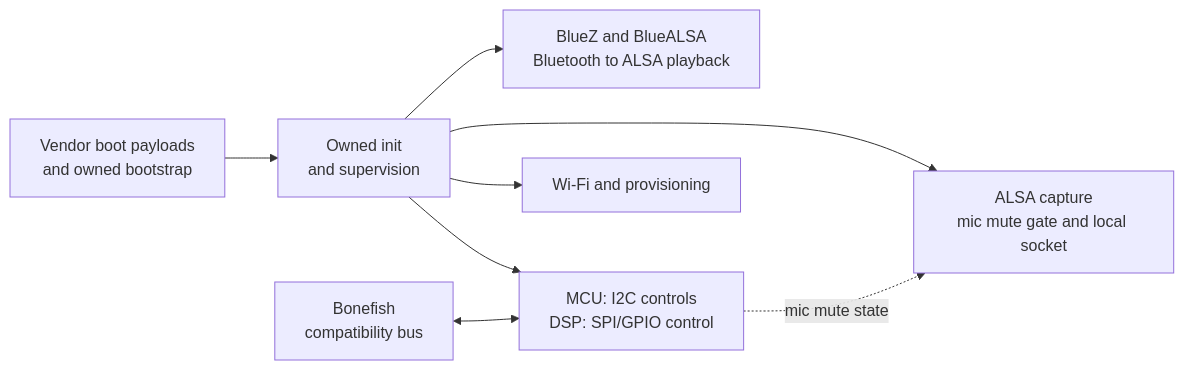
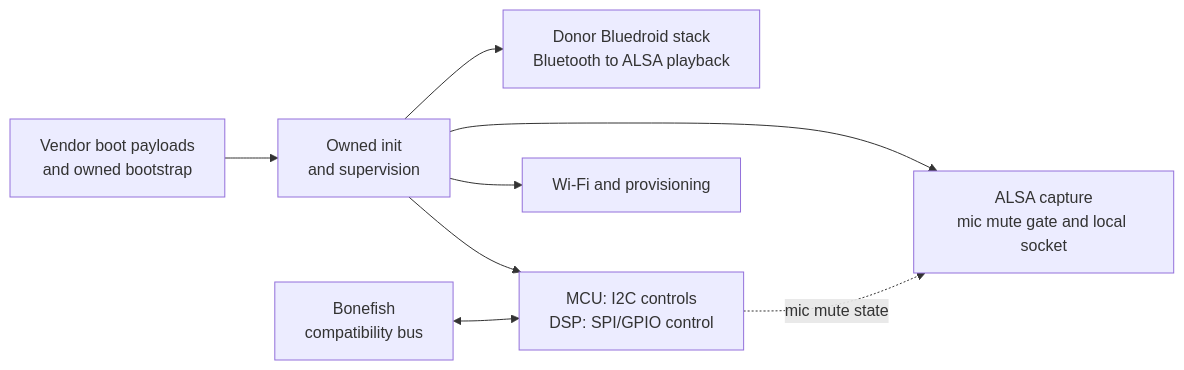
One commit to tku4tw2012/reInvoke changed the diagram in README.md. Above: the diagram before and after it, drawn with Mermaid. The commit also changed other lines of this file and 9 other files, not shown here.

````diff
--- a/README.md
+++ b/README.md
@@ -45,10 +45,10 @@
 ```mermaid
 flowchart LR
     NAND["Vendor boot payloads<br/>and owned bootstrap"] --> Init["Owned init<br/>and supervision"]
-    Init --> Media["BlueZ and BlueALSA<br/>Bluetooth to ALSA playback"]
+    Init --> Media["Donor Bluedroid stack<br/>Bluetooth to ALSA playback"]
     Init --> Control["MCU: I2C controls<br/>DSP: SPI/GPIO control"]
     Init --> Capture["ALSA capture<br/>mic mute gate and local socket"]
     Init --> Network["Wi-Fi and provisioning"]
     Control -. "mic mute state" .-> Capture
     WAMP["Bonefish<br/>compatibility bus"] <--> Control
 ```
````
